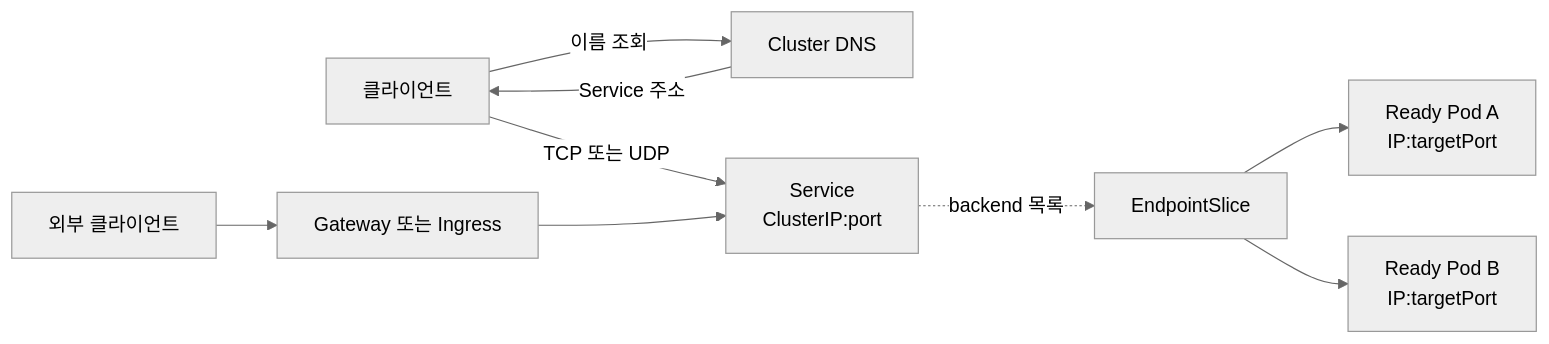
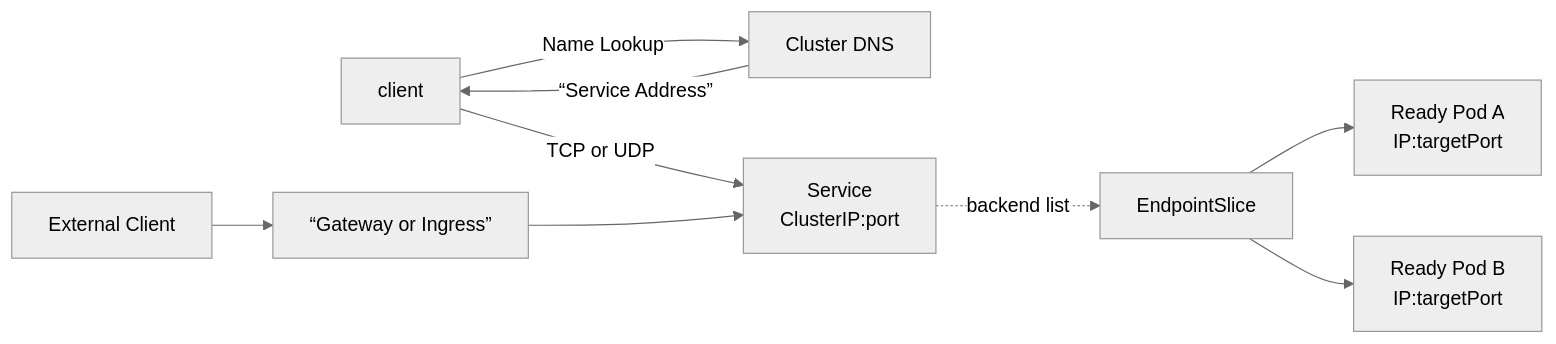
One commit to nohdol97/nohdol-study changed the first of 2 diagrams in docs-site/content/kubernetes/05-services-and-networking.md. Above: the diagram before and after it, drawn with Mermaid (neutral theme). The commit also changed other lines of this file and 116 other files, not shown here.

````diff
--- a/docs-site/content/kubernetes/05-services-and-networking.md
+++ b/docs-site/content/kubernetes/05-services-and-networking.md
@@ -7,11 +7,11 @@
 ```mermaid
 flowchart LR
-    C["클라이언트"] -->|"이름 조회"| D["Cluster DNS"]
-    D -->|"Service 주소"| C
-    C -->|"TCP 또는 UDP"| S["Service<br/>ClusterIP:port"]
-    S -.->|"backend 목록"| E["EndpointSlice"]
+    C["client"] -->|"Name Lookup"| D["Cluster DNS"]
+    D -->|“Service Address”| C
+    C -->|"TCP or UDP"| S["Service<br/>ClusterIP:port"]
+    S -.->|"backend list"| E["EndpointSlice"]
     E --> P1["Ready Pod A<br/>IP:targetPort"]
     E --> P2["Ready Pod B<br/>IP:targetPort"]
-    G["Gateway 또는 Ingress"] --> S
-    X["외부 클라이언트"] --> G
+    G[“Gateway or Ingress”] --> S
+    X["External Client"] --> G
 ```
````
